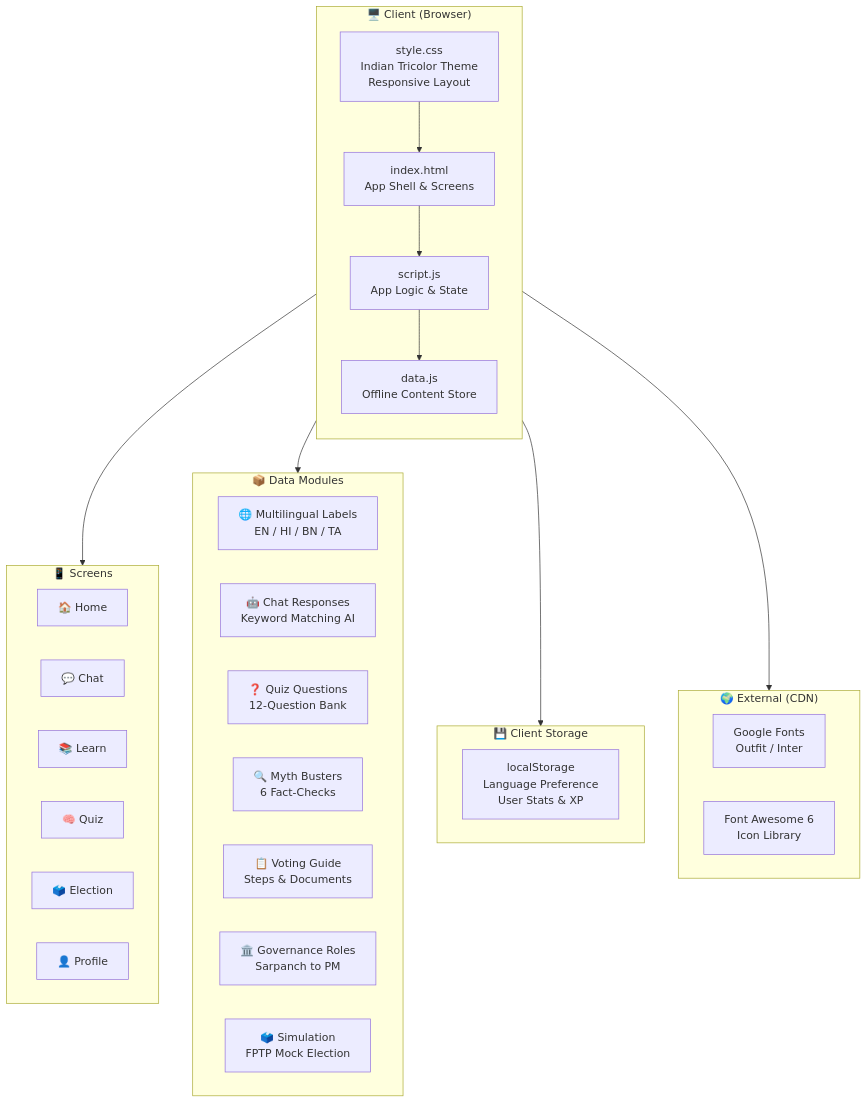
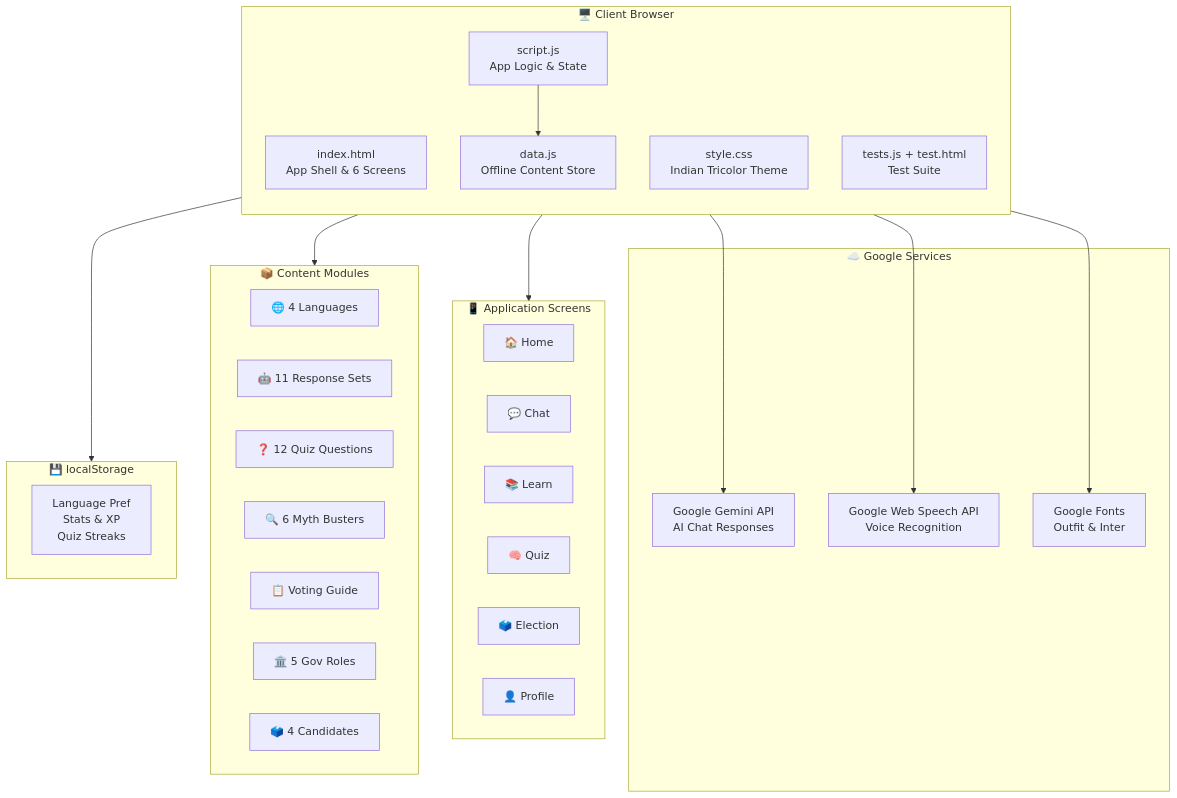
Before and after one commit to SupravoCoder/PollMind: the first of 2 diagrams in README.md, drawn with Mermaid. The commit also changed other lines of this file and 5 other files, not shown here.

First line of the commit message:
feat: Add Google Services integration, testing & comprehensive docs

````diff
--- a/README.md
+++ b/README.md
@@ -31,49 +87,50 @@
 ```mermaid
 graph TB
-    subgraph Client["🖥️ Client (Browser)"]
+    subgraph Client["🖥️ Client Browser"]
         direction TB
-        HTML["index.html<br/>App Shell & Screens"]
-        CSS["style.css<br/>Indian Tricolor Theme<br/>Responsive Layout"]
+        HTML["index.html<br/>App Shell & 6 Screens"]
+        CSS["style.css<br/>Indian Tricolor Theme"]
         JS["script.js<br/>App Logic & State"]
         DATA["data.js<br/>Offline Content Store"]
+        TESTS["tests.js + test.html<br/>Test Suite"]
     end
 
-    subgraph Screens["📱 Screens"]
+    subgraph GoogleServices["☁️ Google Services"]
+        GEMINI["Google Gemini API<br/>AI Chat Responses"]
+        SPEECH["Google Web Speech API<br/>Voice Recognition"]
+        GFONTS["Google Fonts<br/>Outfit & Inter"]
+    end
+
+    subgraph Screens["📱 Application Screens"]
         direction LR
         HOME["🏠 Home"]
         CHAT["💬 Chat"]
         LEARN["📚 Learn"]
         QUIZ["🧠 Quiz"]
         ELECTION["🗳️ Election"]
         PROFILE["👤 Profile"]
     end
 
-    subgraph DataModules["📦 Data Modules"]
+    subgraph DataModules["📦 Content Modules"]
         direction LR
-        LANG["🌐 Multilingual Labels<br/>EN / HI / BN / TA"]
-        RESPONSES["🤖 Chat Responses<br/>Keyword Matching AI"]
-        QUESTIONS["❓ Quiz Questions<br/>12-Question Bank"]
-        MYTHS["🔍 Myth Busters<br/>6 Fact-Checks"]
-        GUIDE["📋 Voting Guide<br/>Steps & Documents"]
-        ROLES["🏛️ Governance Roles<br/>Sarpanch to PM"]
-        SIM["🗳️ Simulation<br/>FPTP Mock Election"]
+        LANG["🌐 4 Languages"]
+        RESPONSES["🤖 11 Response Sets"]
+        QUESTIONS["❓ 12 Quiz Questions"]
+        MYTHS["🔍 6 Myth Busters"]
+        GUIDE["📋 Voting Guide"]
+        ROLES["🏛️ 5 Gov Roles"]
+        SIM["🗳️ 4 Candidates"]
     end
 
-    subgraph Storage["💾 Client Storage"]
-        LS["localStorage<br/>Language Preference<br/>User Stats & XP"]
+    subgraph Storage["💾 localStorage"]
+        LS["Language Pref<br/>Stats & XP<br/>Quiz Streaks"]
     end
 
-    HTML --> JS
-    CSS --> HTML
+    JS --> GEMINI
+    JS --> SPEECH
+    HTML --> GFONTS
     JS --> DATA
     JS --> Screens
     DATA --> DataModules
     JS --> Storage
-
-    subgraph External["🌍 External (CDN)"]
-        FONTS["Google Fonts<br/>Outfit / Inter"]
-        ICONS["Font Awesome 6<br/>Icon Library"]
-    end
-
-    HTML --> External
 ```
````
